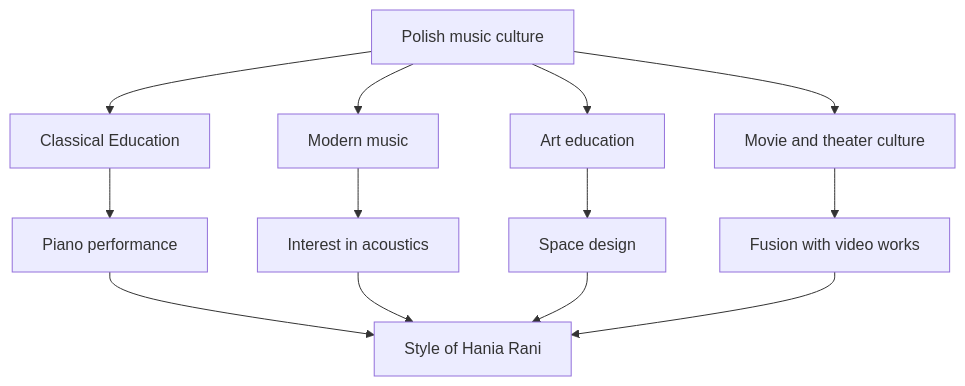
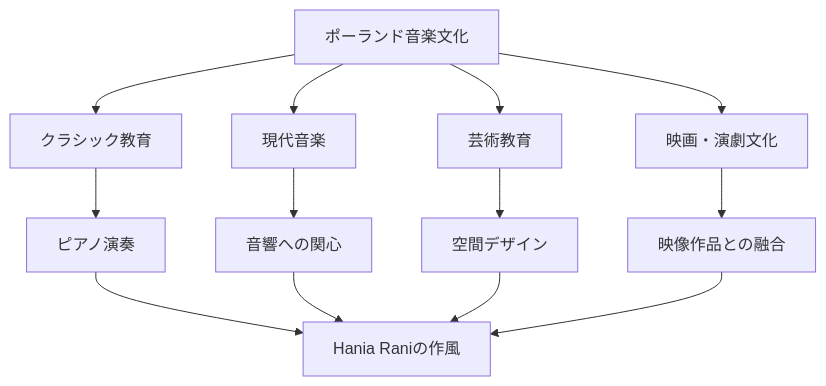
The first of 13 diagrams in en/_posts/2026-08-05-column-hania-rani.md (monumental-movement/monumental-movement.github.io), drawn with Mermaid before and after one commit. The commit also changed other lines of this file and 2196 other files, not shown here.

```diff
--- a/en/_posts/2026-08-05-column-hania-rani.md
+++ b/en/_posts/2026-08-05-column-hania-rani.md
@@ -128,18 +128,18 @@
 <div class="mermaid">
 graph TD
 
-A["Polish music culture"] --> B["Classical Education"]
-A --> C["Modern music"]
-A --> D["Art education"]
-A --> E["Movie and theater culture"]
+A["ポーランド音楽文化"] --> B["クラシック教育"]
+A --> C["現代音楽"]
+A --> D["芸術教育"]
+A --> E["映画・演劇文化"]
 
-B --> F["Piano performance"]
-C --> G["Interest in acoustics"]
-D --> H["Space design"]
-E --> I["Fusion with video works"]
+B --> F["ピアノ演奏"]
+C --> G["音響への関心"]
+D --> H["空間デザイン"]
+E --> I["映像作品との融合"]
 
-F --> J["Style of Hania Rani"]
+F --> J["Hania Raniの作風"]
 G --> J
 H --> J
 I --> J
 </div>
```
